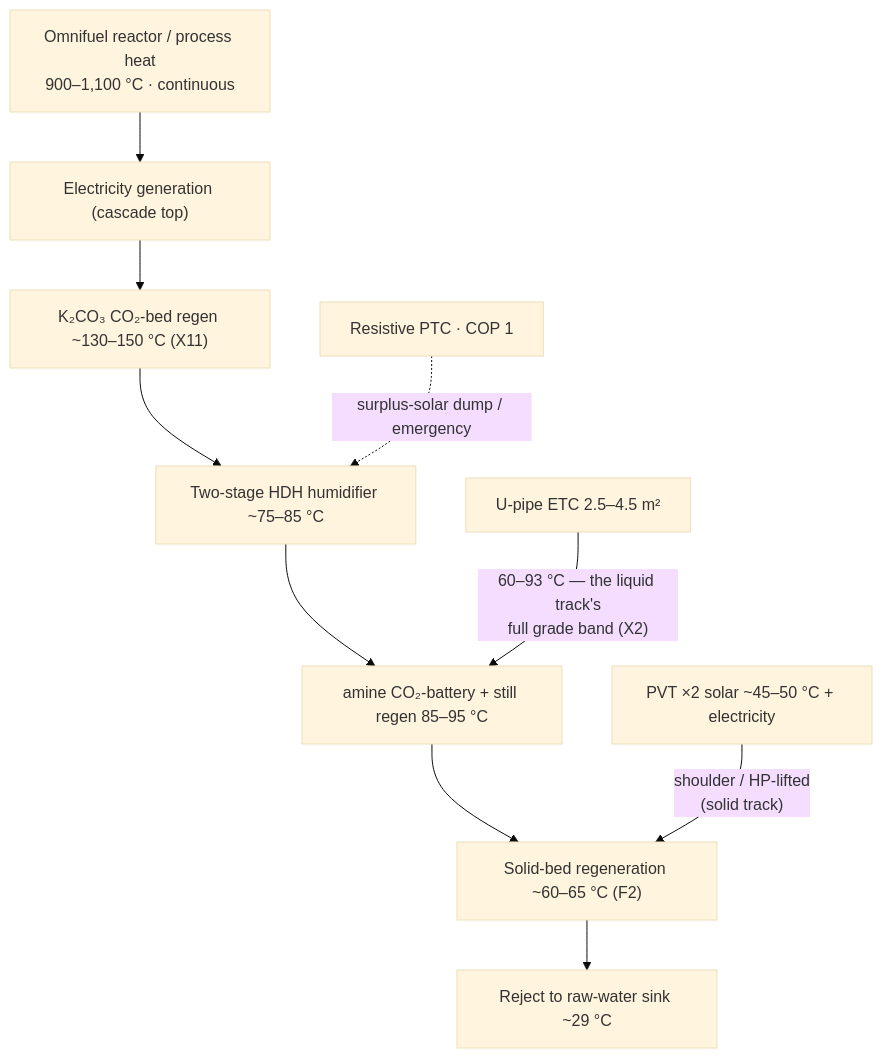
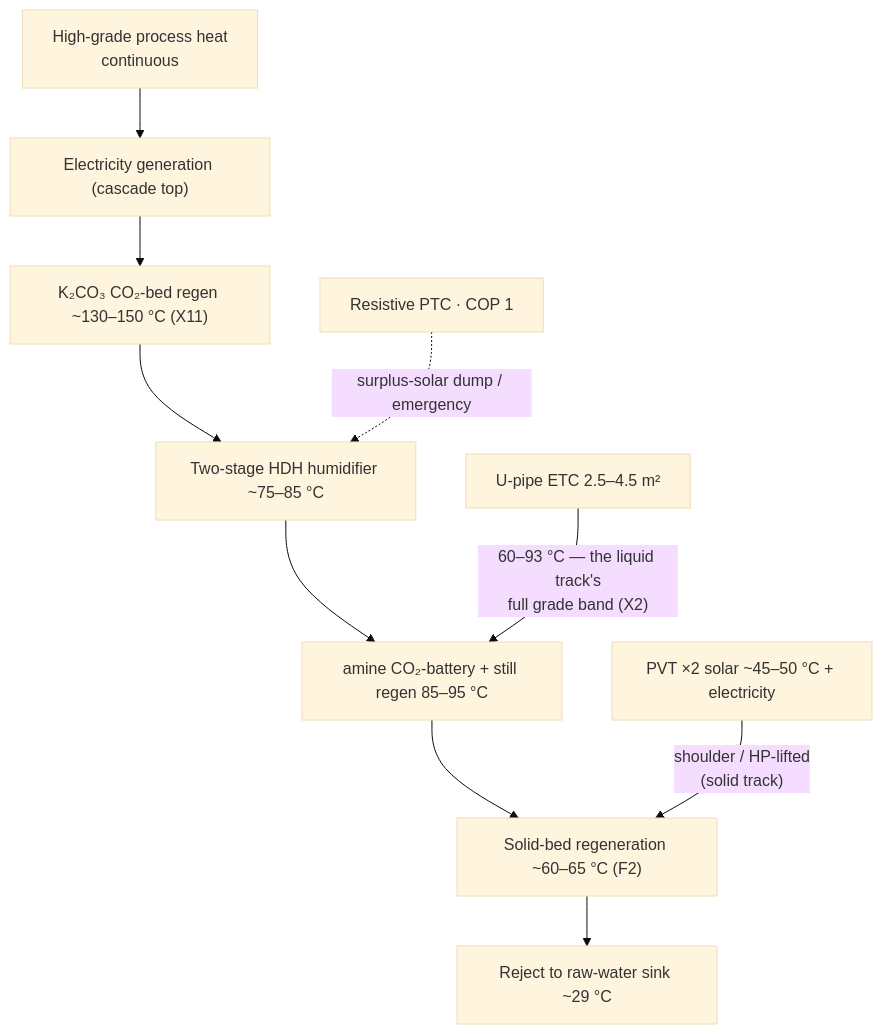
Before and after one commit to phicyclist/slice-cooling: the first of 3 diagrams in docs/30_integration_energy_water.md, drawn with Mermaid (base theme). The commit also changed other lines of this file and 26 other files, not shown here.

````diff
--- a/docs/30_integration_energy_water.md
+++ b/docs/30_integration_energy_water.md
@@ -34,14 +42,14 @@
 ```mermaid
 flowchart TB
-    RX["Omnifuel reactor / process heat<br/>900–1,100 °C · continuous"]
+    RX["High-grade process heat<br/>continuous"]
     ELEC["Electricity generation (cascade top)"]
     HDH_H["Two-stage HDH humidifier ~75–85 °C"]
     CO2R["amine CO₂-battery + still regen 85–95 °C"]
     REGEN["Solid-bed regeneration ~60–65 °C (F2)"]
     SEA["Reject to raw-water sink ~29 °C"]
     POTK["K₂CO₃ CO₂-bed regen ~130–150 °C (X11)"]
     RX --> ELEC --> POTK --> HDH_H --> CO2R --> REGEN --> SEA
     PVT["PVT ×2 solar ~45–50 °C + electricity"] -->|"shoulder / HP-lifted<br/>(solid track)"| REGEN
     ETC["U-pipe ETC 2.5–4.5 m²"] -->|"60–93 °C — the liquid track's<br/>full grade band (X2)"| CO2R
     PTC["Resistive PTC · COP 1"] -.->|surplus-solar dump / emergency| HDH_H
 ```
````
